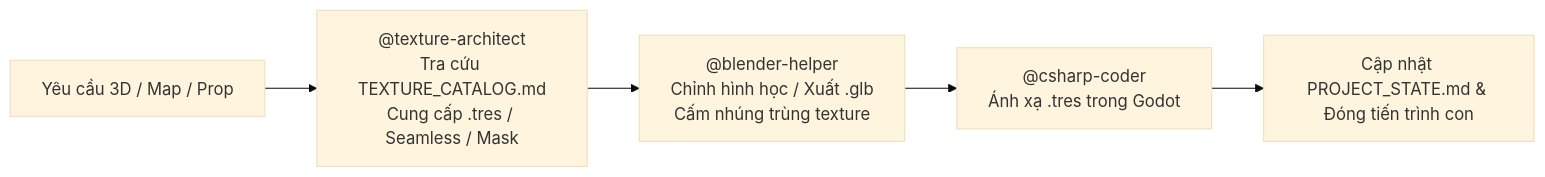
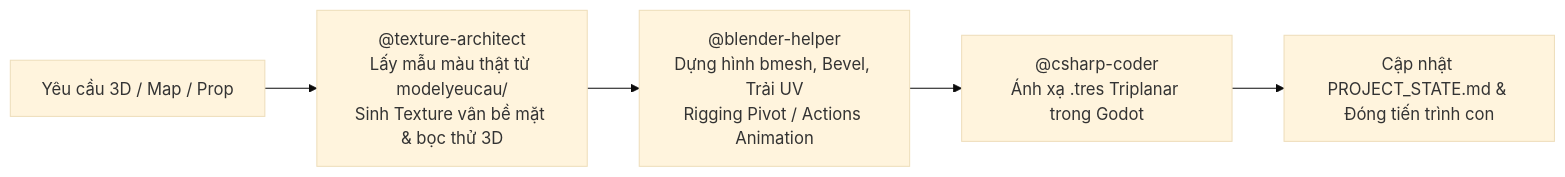
Before and after one commit to namsoaica/gamexnhau: the second of 3 diagrams in AGENTS.md, drawn with Mermaid (base theme). The commit also changed other lines of this file and 5 other files, not shown here.

Commit message:
feat: establish texture sampling, mandatory UV unwrapping, 3D material check, side-by-side visual diff and character rigging pipeline

````diff
--- a/AGENTS.md
+++ b/AGENTS.md
@@ -38,7 +38,7 @@
 ```mermaid
 flowchart LR
-    User3D["Yêu cầu 3D / Map / Prop"] --> TexArch["@texture-architect<br>Tra cứu TEXTURE_CATALOG.md<br>Cung cấp .tres / Seamless / Mask"]
-    TexArch --> Blender["@blender-helper<br>Chỉnh hình học / Xuất .glb<br>Cấm nhúng trùng texture"]
-    Blender --> Integration["@csharp-coder<br>Ánh xạ .tres trong Godot"]
+    User3D["Yêu cầu 3D / Map / Prop"] --> TexArch["@texture-architect<br>Lấy mẫu màu thật từ modelyeucau/<br>Sinh Texture vân bề mặt & bọc thử 3D"]
+    TexArch --> Blender["@blender-helper<br>Dựng hình bmesh, Bevel, Trải UV<br>Rigging Pivot / Actions Animation"]
+    Blender --> Integration["@csharp-coder<br>Ánh xạ .tres Triplanar trong Godot"]
     Integration --> State3D["Cập nhật PROJECT_STATE.md & Đóng tiến trình con"]
 ```
````
